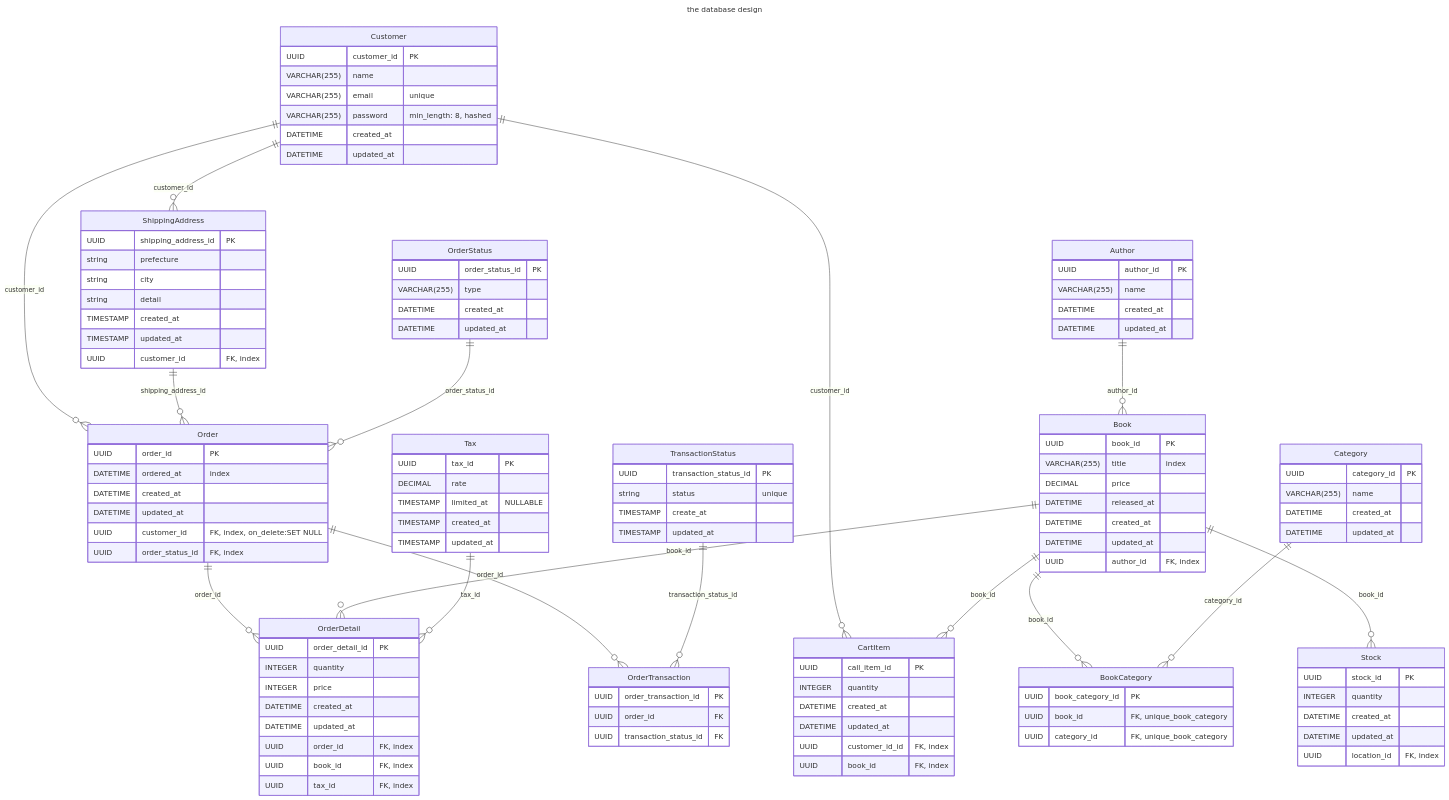
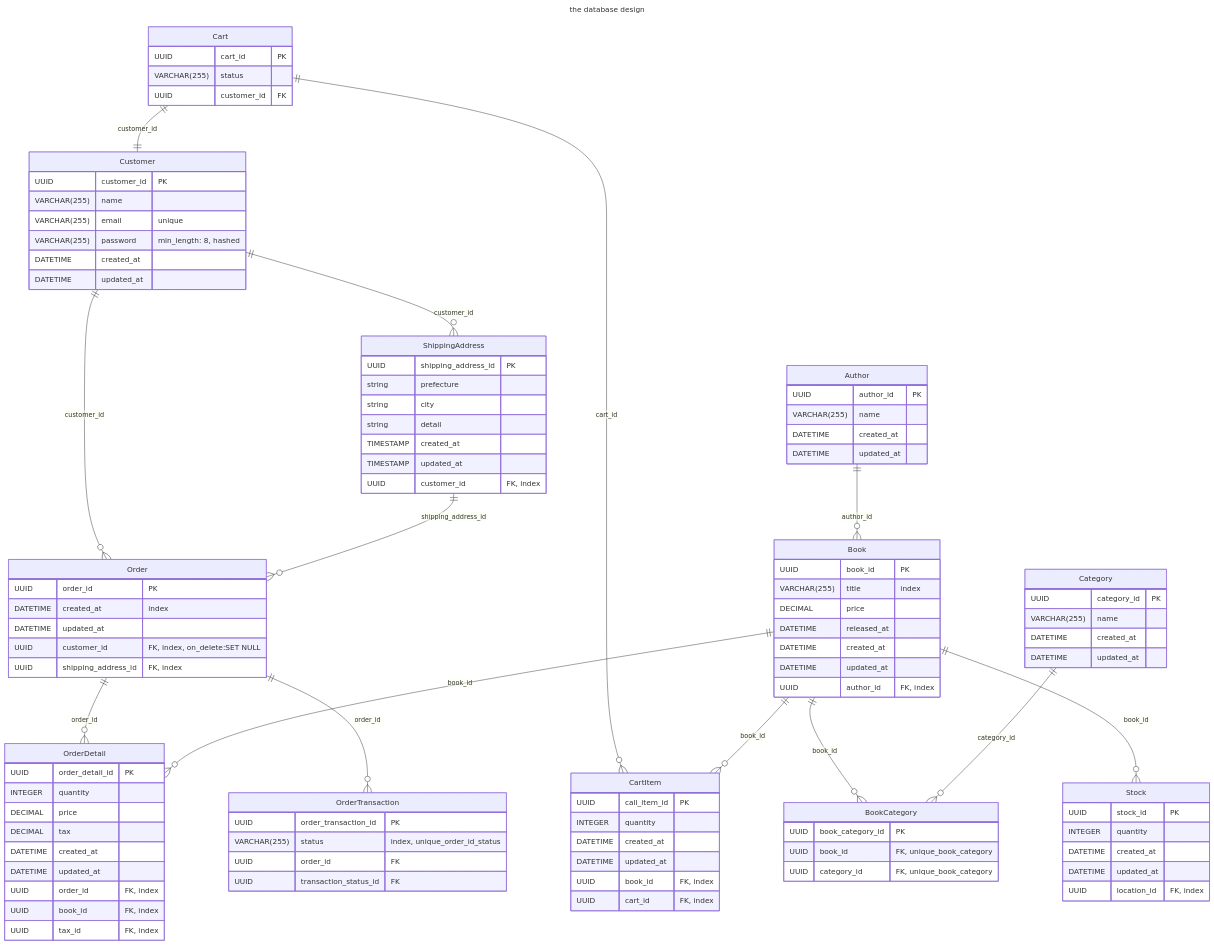
The diagram in docs/er_diagram.md (soicchi/book_order_system), drawn with Mermaid before and after one commit.

Commit message:
docs: updated er diagram

```diff
--- a/docs/er_diagram.md
+++ b/docs/er_diagram.md
@@ -28,24 +28,17 @@
 
 Order {
 	UUID order_id "PK"
-	DATETIME ordered_at "index"
-	DATETIME created_at
+	DATETIME created_at "index"
 	DATETIME updated_at
 	UUID customer_id "FK, index, on_delete:SET NULL"
-	UUID order_status_id "FK, index"
-}
-
-OrderStatus {
-	UUID order_status_id "PK"
-	VARCHAR(255) type
-	DATETIME created_at
-	DATETIME updated_at	
+	UUID shipping_address_id "FK, index"
 }
 
 OrderDetail {
 	UUID order_detail_id "PK"
 	INTEGER quantity
-	INTEGER price
+	DECIMAL price
+	DECIMAL tax
 	DATETIME created_at
 	DATETIME updated_at
 	UUID order_id "FK, index"
@@ -55,23 +48,15 @@
 
 OrderTransaction {
 	UUID order_transaction_id "PK"
+	VARCHAR(255) status "index, unique_order_id_status"
 	UUID order_id "FK"
 	UUID transaction_status_id "FK"
 }
 
-TransactionStatus {
-	UUID transaction_status_id "PK"
-	string status "unique"
-	TIMESTAMP create_at
-	TIMESTAMP updated_at
-}
-
-Tax {
-	UUID tax_id "PK"
-	DECIMAL rate
-	TIMESTAMP limited_at "NULLABLE"
-	TIMESTAMP created_at
-	TIMESTAMP updated_at
+Cart {
+	UUID cart_id "PK"
+	VARCHAR(255) status
+	UUID customer_id "FK"
 }
 
 CartItem {
@@ -79,8 +64,8 @@
 	INTEGER quantity
 	DATETIME created_at
 	DATETIME updated_at
-	UUID customer_id_id "FK, index"
 	UUID book_id "FK, index"
+	UUID cart_id "FK, index"
 }
 
 Book {
@@ -123,15 +108,13 @@
 
 Customer ||--o{ Order : customer_id
 Customer ||--o{ ShippingAddress : customer_id
-Customer ||--o{ CartItem : customer_id
 ShippingAddress ||--o{ Order : shipping_address_id
 Order ||--o{ OrderDetail : order_id
 Order ||--o{ OrderTransaction : order_id
-TransactionStatus ||--o{ OrderTransaction : transaction_status_id
-OrderStatus ||--o{ Order : order_status_id
+Cart ||--|| Customer : customer_id
+Cart ||--o{ CartItem : cart_id
 Book ||--o{ CartItem : book_id
 Book ||--o{ OrderDetail : book_id
-Tax ||--o{ OrderDetail : tax_id
 Book ||--o{ BookCategory : book_id
 Category ||--o{ BookCategory : category_id
 Book ||--o{ Stock : book_id
```
